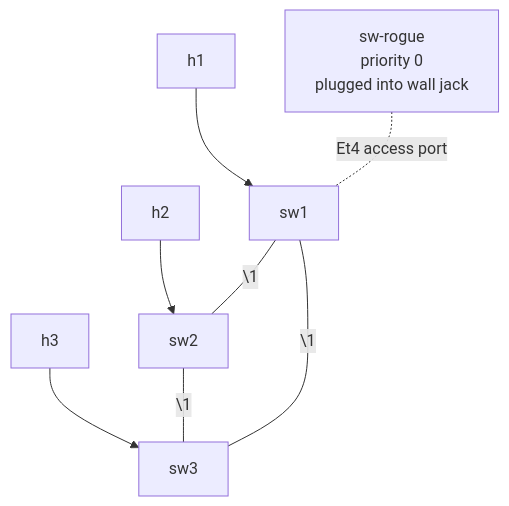
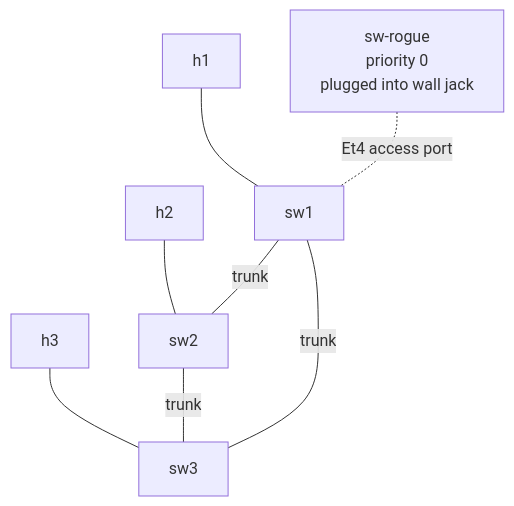
Before and after one commit to alukacs03/clauntainerlab: the diagram in labs/05-stp-protections/README.md, drawn with Mermaid. The commit also changed other lines of this file and 70 other files, not shown here.

````diff
--- a/labs/05-stp-protections/README.md
+++ b/labs/05-stp-protections/README.md
@@ -34,10 +34,10 @@
 ```mermaid
 graph TB
-    h1[h1] --> sw1
-    h2[h2] --> sw2
-    h3[h3] --> sw3
-    sw1 ---|\1| sw2
-    sw2 ---|\1| sw3
-    sw1 ---|\1| sw3
+    h1[h1] --- sw1
+    h2[h2] --- sw2
+    h3[h3] --- sw3
+    sw1 ---|trunk| sw2
+    sw2 ---|trunk| sw3
+    sw1 ---|trunk| sw3
     rogue[sw-rogue<br/>priority 0<br/>plugged into wall jack] -.Et4 access port.- sw1
 ```
````
